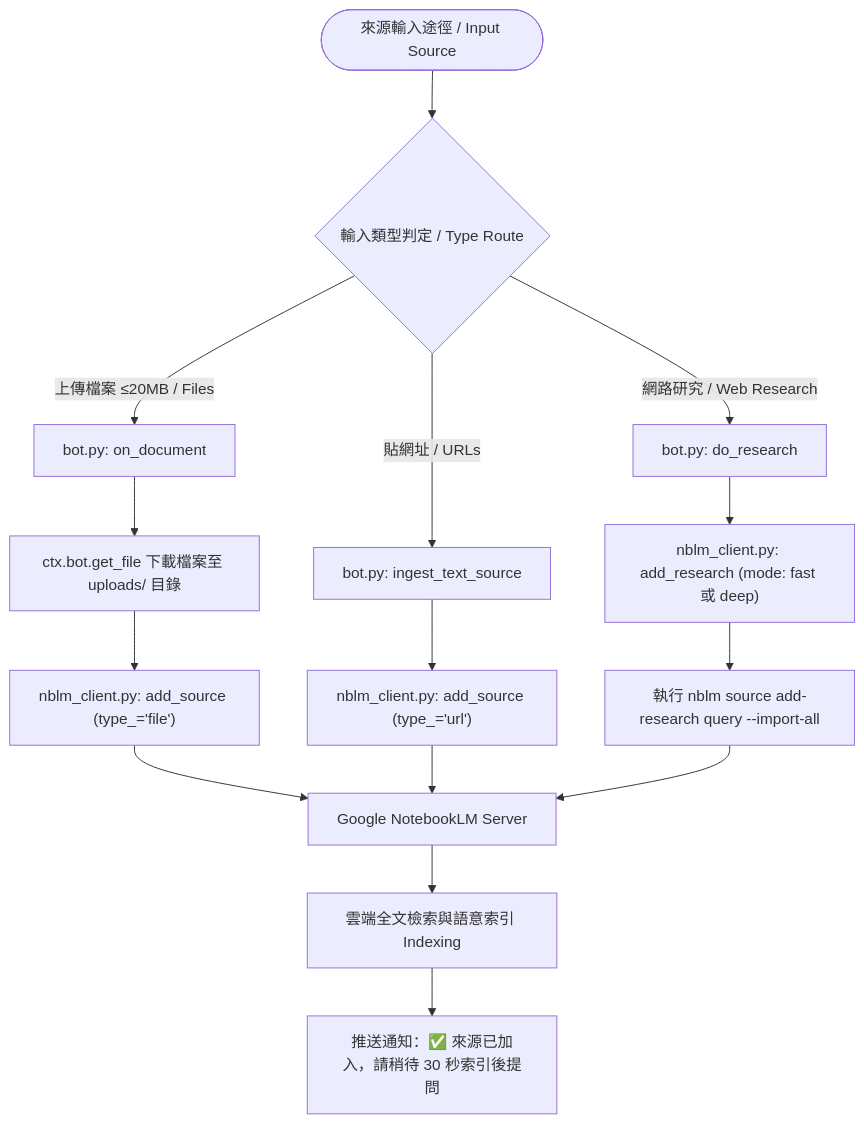
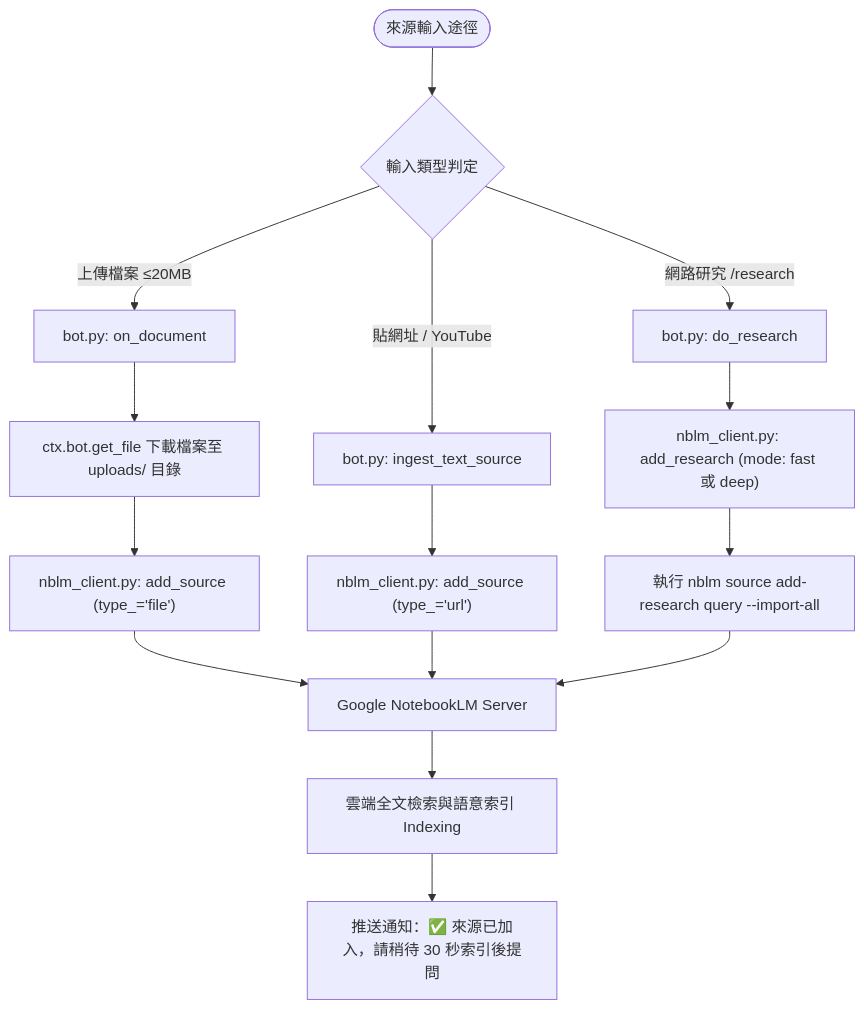
One commit to myyang19770915/TG_notebook changed the fourth of 4 diagrams in README.md. Above: the diagram before and after it, drawn with Mermaid. The commit also changed other lines of this file and 1 other file, not shown here.

````diff
--- a/README.md
+++ b/README.md
@@ -169,20 +167,20 @@
 ```mermaid
 flowchart TD
-    Input([來源輸入途徑 / Input Source]) --> Route{輸入類型判定 / Type Route}
+    Input([來源輸入途徑]) --> Route{輸入類型判定}
     
-    Route -- 貼網址 / URLs --> TextIngest[bot.py: ingest_text_source]
-    Route -- 上傳檔案 ≤20MB / Files --> DocHandler[bot.py: on_document]
-    Route -- 網路研究 / Web Research --> ResearchHandler[bot.py: do_research]
+    Route -- 貼網址 / YouTube --> TextIngest[bot.py: ingest_text_source]
+    Route -- 上傳檔案 ≤20MB --> DocHandler[bot.py: on_document]
+    Route -- 網路研究 /research --> ResearchHandler[bot.py: do_research]
     
     DocHandler --> TGDownload[ctx.bot.get_file 下載檔案至 uploads/ 目錄]
     TGDownload --> AddFileSource["nblm_client.py: add_source (type_='file')"]
     
     TextIngest --> AddUrlSource["nblm_client.py: add_source (type_='url')"]
     
     ResearchHandler --> AddResearch["nblm_client.py: add_research (mode: fast 或 deep)"]
     AddResearch --> SubprocResearch[執行 nblm source add-research query --import-all]
     
     AddFileSource & AddUrlSource & SubprocResearch --> GoogleIngest[Google NotebookLM Server]
     GoogleIngest --> Indexing[雲端全文檢索與語意索引 Indexing]
     Indexing --> Notify["推送通知：✅ 來源已加入，請稍待 30 秒索引後提問"]
 ```
````
